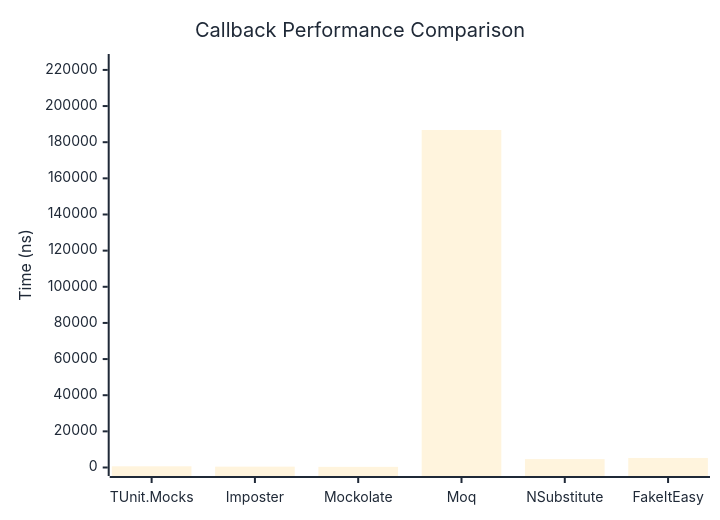
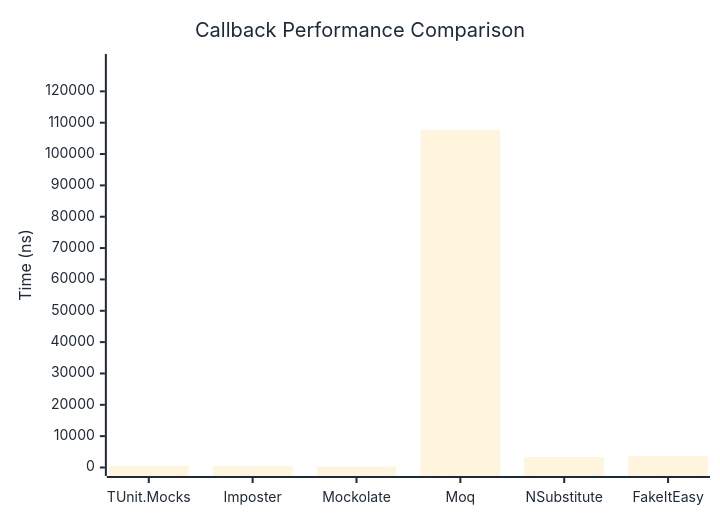
One commit to thomhurst/TUnit changed the first of 2 diagrams in docs/docs/benchmarks/mocks/Callback.md. Above: the diagram before and after it, drawn with Mermaid. The commit also changed other lines of this file and 14 other files, not shown here.

````diff
--- a/docs/docs/benchmarks/mocks/Callback.md
+++ b/docs/docs/benchmarks/mocks/Callback.md
@@ -30,27 +30,27 @@
 ```mermaid
 %%{init: {
   'theme':'base',
   'themeVariables': {
     'primaryColor': '#2563eb',
     'primaryTextColor': '#1f2937',
     'primaryBorderColor': '#1e40af',
     'lineColor': '#6b7280',
     'secondaryColor': '#7c3aed',
     'tertiaryColor': '#dc2626',
     'background': '#ffffff',
     'pie1': '#2563eb',
     'pie2': '#7c3aed',
     'pie3': '#dc2626',
     'pie4': '#f59e0b',
     'pie5': '#10b981',
     'pie6': '#06b6d4',
     'pie7': '#ec4899',
     'pie8': '#6366f1'
   }
 }}%%
 xychart-beta
   title "Callback Performance Comparison"
   x-axis ["TUnit.Mocks", "Imposter", "Mockolate", "Moq", "NSubstitute", "FakeItEasy"]
-  y-axis "Time (ns)" 0 --> 224104
-  bar [664.8, 464.4, 365.7, 186753.3, 4642.4, 5279.8]
+  y-axis "Time (ns)" 0 --> 129202
+  bar [514.2, 374.6, 264.9, 107668.3, 3332, 3688.1]
 ```
````
